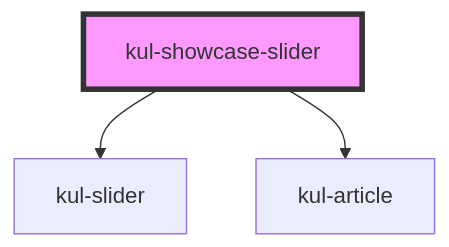
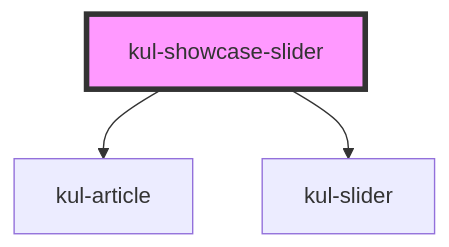
The diagram in packages/ketchup-lite/src/components/kul-showcase/components/slider/readme.md (lucafoscili/ketchup-lite), drawn with Mermaid before and after one commit. The commit also changed other lines of this file and 46 other files, not shown here.

````diff
--- a/packages/ketchup-lite/src/components/kul-showcase/components/slider/readme.md
+++ b/packages/ketchup-lite/src/components/kul-showcase/components/slider/readme.md
@@ -27,6 +24,6 @@
 ```mermaid
 graph TD;
+  kul-showcase-slider --> kul-article
   kul-showcase-slider --> kul-slider
-  kul-showcase-slider --> kul-article
   style kul-showcase-slider fill:#f9f,stroke:#333,stroke-width:4px
 ```
````
